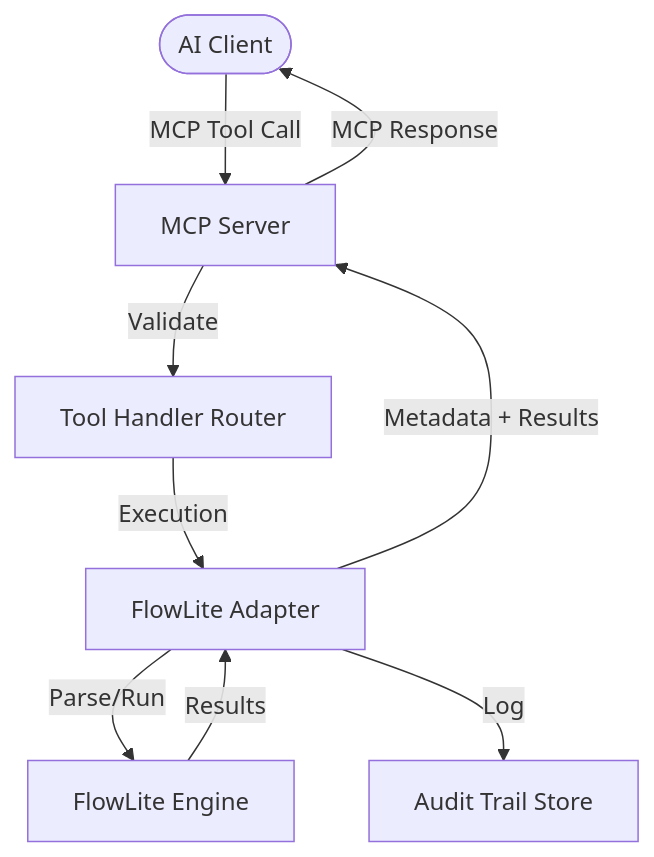
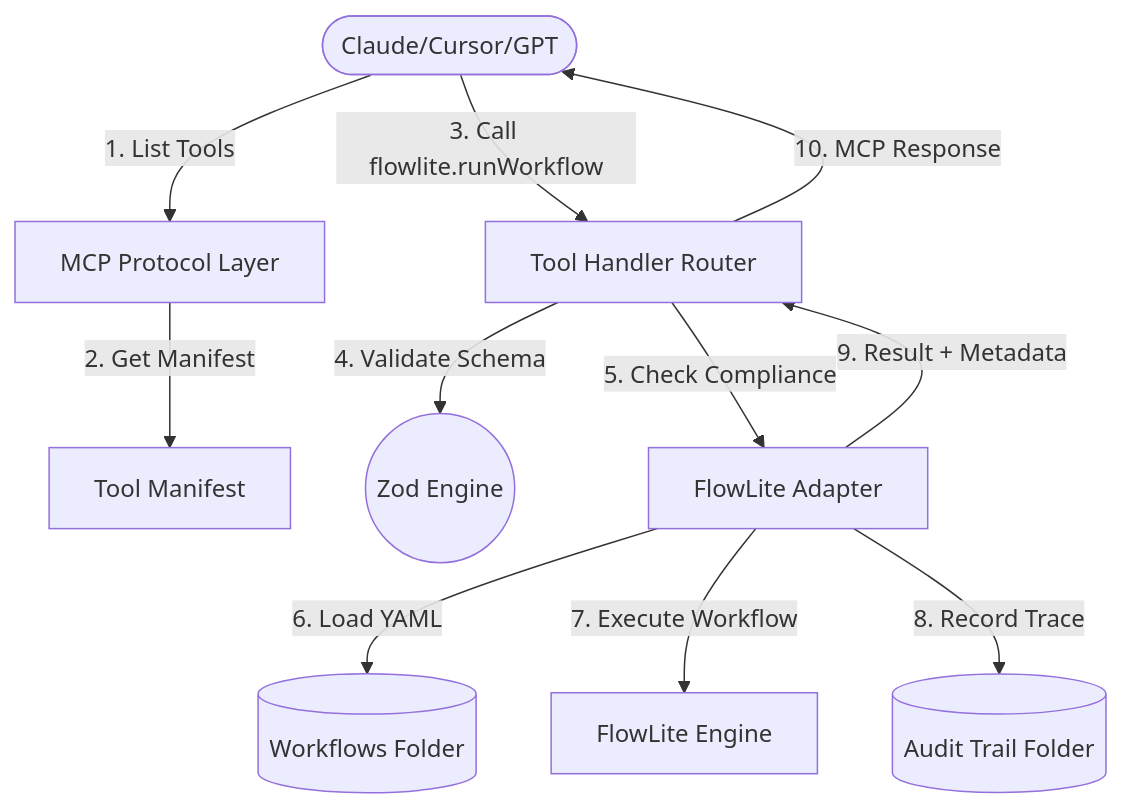
Before and after one commit to kobomarun/flowlite-mcp-bridge: the diagram in README.md, drawn with Mermaid. The commit also changed other lines of this file and 3 other files, not shown here.

Commit message:
: add architectural diagrams and governance documentation

````diff
--- a/README.md
+++ b/README.md
@@ -18,11 +18,13 @@
 ```mermaid
 graph TD
-    User([AI Client]) -->|MCP Tool Call| Server[MCP Server]
-    Server -->|Validate| Router[Tool Handler Router]
-    Router -->|Execution| Adapter[FlowLite Adapter]
-    Adapter -->|Parse/Run| Engine[FlowLite Engine]
-    Adapter -->|Log| Audit[Audit Trail Store]
-    Engine -->|Results| Adapter
-    Adapter -->|Metadata + Results| Server
-    Server -->|MCP Response| User
+    Client([Claude/Cursor/GPT]) -->|1. List Tools| Protocol[MCP Protocol Layer]
+    Protocol -->|2. Get Manifest| Manifest[Tool Manifest]
+    Client -->|3. Call flowlite.runWorkflow| Router[Tool Handler Router]
+    Router -->|4. Validate Schema| Zod((Zod Engine))
+    Router -->|5. Check Compliance| Adapter[FlowLite Adapter]
+    Adapter -->|6. Load YAML| FS[(Workflows Folder)]
+    Adapter -->|7. Execute Workflow| Engine[FlowLite Engine]
+    Adapter -->|8. Record Trace| Audit[(Audit Trail Folder)]
+    Adapter -->|9. Result + Metadata| Router
+    Router -->|10. MCP Response| Client
 ```
````
